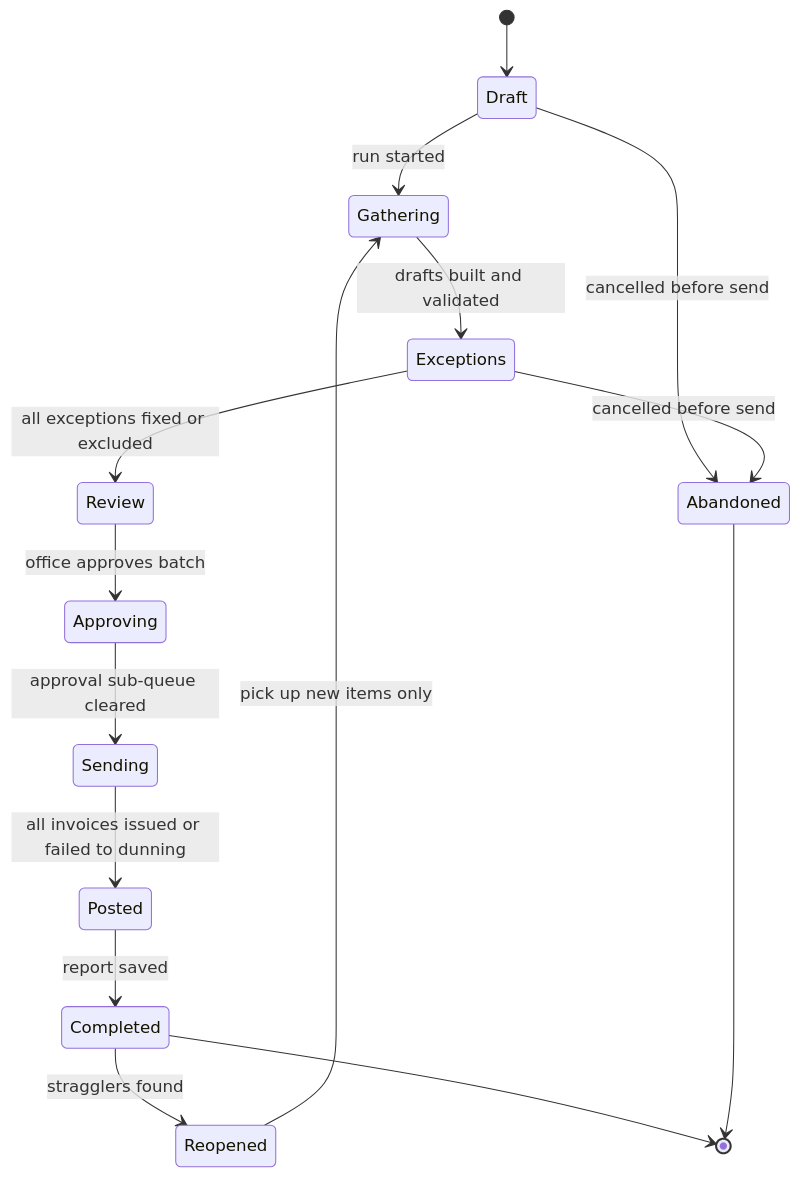
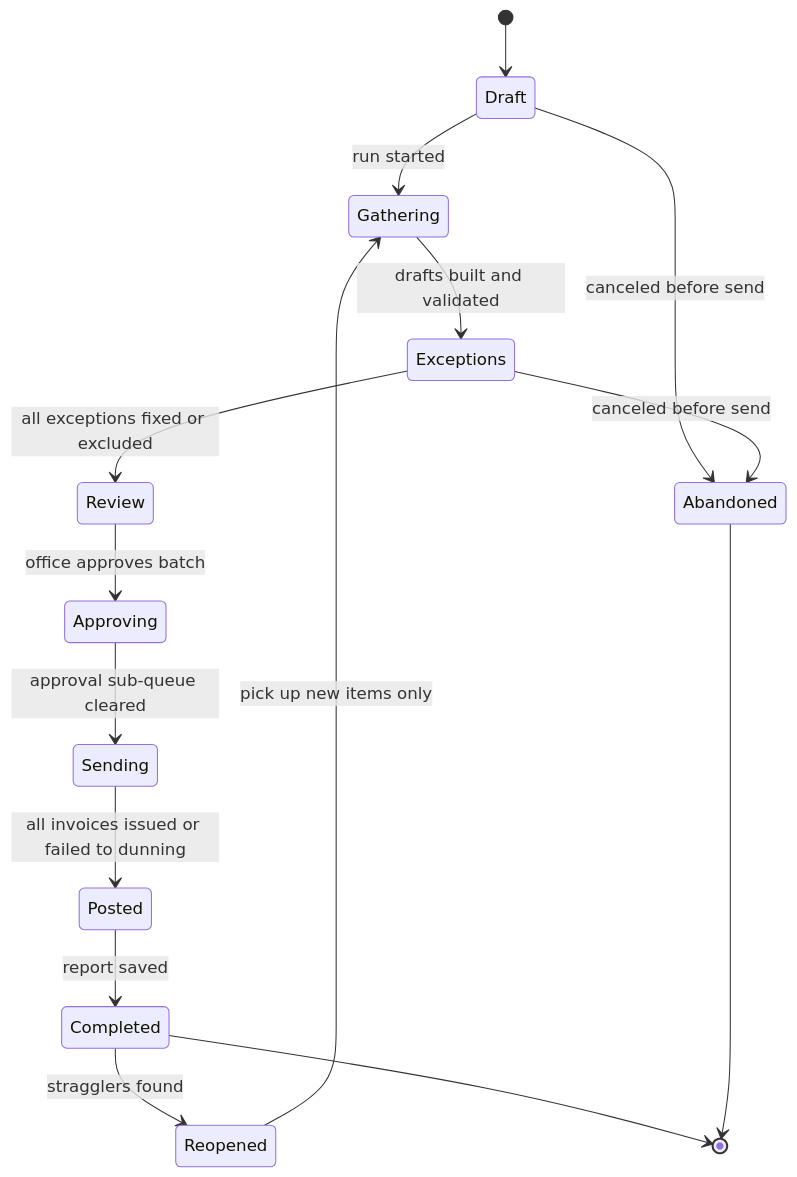
The fifth of 11 diagrams in docs/07-invoicing-billing-contracts.md (jdinard/landscape), drawn with Mermaid before and after one commit. The commit also changed other lines of this file and 20 other files, not shown here.

````diff
--- a/docs/07-invoicing-billing-contracts.md
+++ b/docs/07-invoicing-billing-contracts.md
@@ -843,17 +843,17 @@
 ```mermaid
 stateDiagram-v2
     [*] --> Draft
     Draft --> Gathering: run started
     Gathering --> Exceptions: drafts built and validated
     Exceptions --> Review: all exceptions fixed or excluded
     Review --> Approving: office approves batch
     Approving --> Sending: approval sub-queue cleared
     Sending --> Posted: all invoices issued or failed to dunning
     Posted --> Completed: report saved
     Completed --> Reopened: stragglers found
     Reopened --> Gathering: pick up new items only
-    Draft --> Abandoned: cancelled before send
-    Exceptions --> Abandoned: cancelled before send
+    Draft --> Abandoned: canceled before send
+    Exceptions --> Abandoned: canceled before send
     Completed --> [*]
     Abandoned --> [*]
 ```
````
